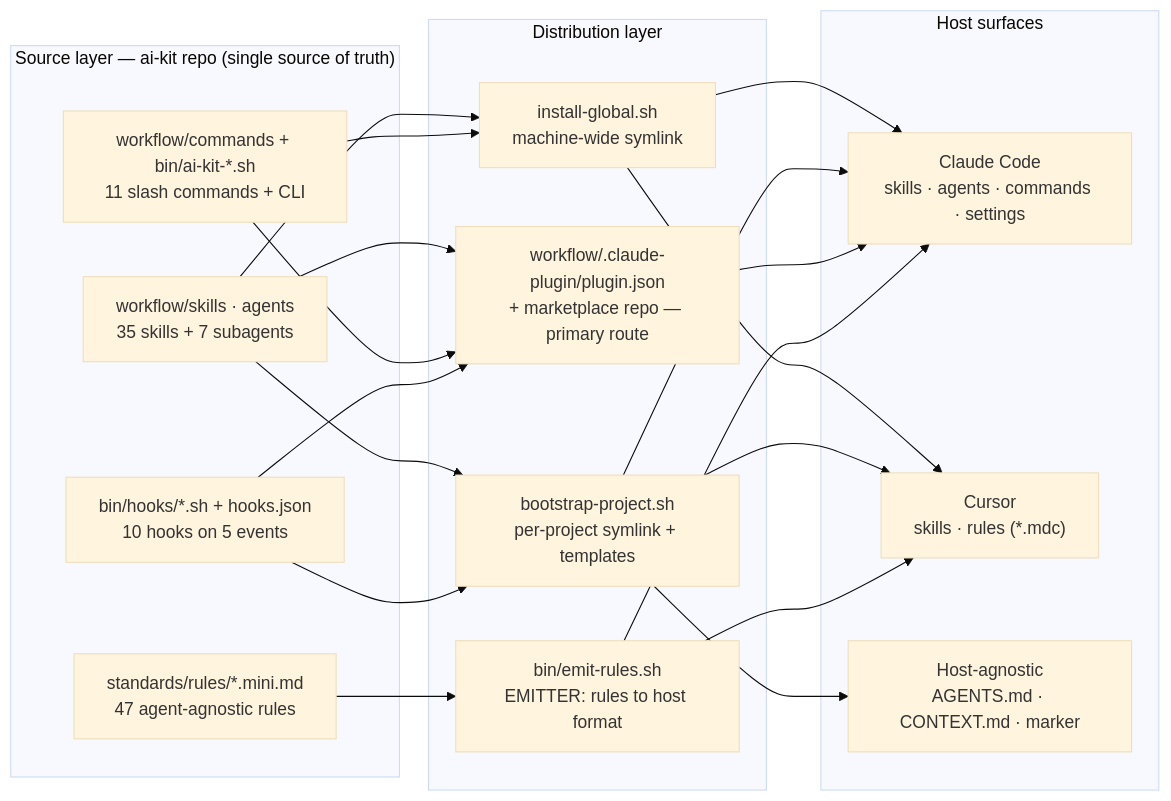
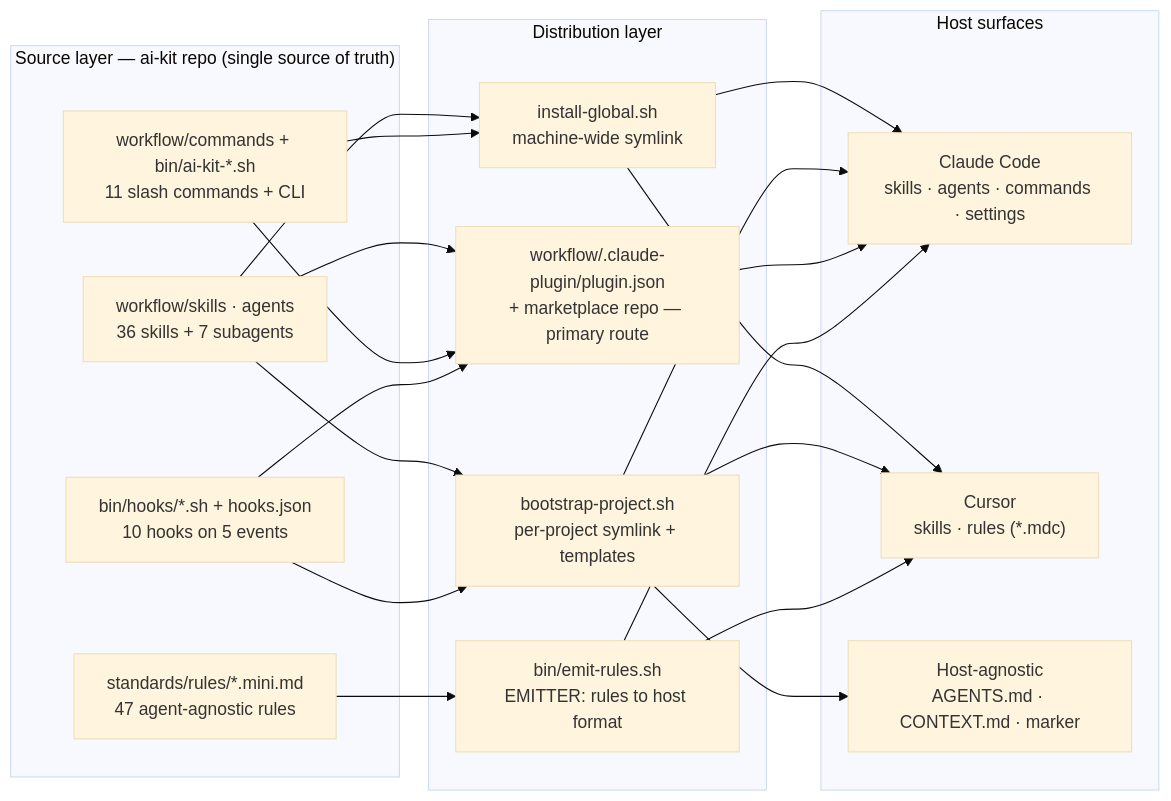
Before and after one commit to yusufkaracaburun/ai-kit: the first of 2 diagrams in docs/diagrams.md, drawn with Mermaid (base theme). The commit also changed 17 other files, not shown here.

First line of the commit message:
feat(skills): add /ai:workflow-audit for a repeatable workflow audit

````diff
--- a/docs/diagrams.md
+++ b/docs/diagrams.md
@@ -10,32 +10,32 @@
 ```mermaid
 flowchart LR
   subgraph SRC["Source layer — ai-kit repo (single source of truth)"]
-    SA["workflow/skills · agents<br/>35 skills + 7 subagents"]
+    SA["workflow/skills · agents<br/>36 skills + 7 subagents"]
     CB["workflow/commands + bin/ai-kit-*.sh<br/>11 slash commands + CLI"]
     H["bin/hooks/*.sh + hooks.json<br/>10 hooks on 5 events"]
     R["standards/rules/*.mini.md<br/>47 agent-agnostic rules"]
   end
 
   subgraph DIST["Distribution layer"]
     IG["install-global.sh<br/>machine-wide symlink"]
     PL["workflow/.claude-plugin/plugin.json<br/>+ marketplace repo — primary route"]
     BP["bootstrap-project.sh<br/>per-project symlink + templates"]
     ER["bin/emit-rules.sh<br/>EMITTER: rules to host format"]
   end
 
   subgraph HOSTS["Host surfaces"]
     CC["Claude Code<br/>skills · agents · commands · settings"]
     CU["Cursor<br/>skills · rules (*.mdc)"]
     HA["Host-agnostic<br/>AGENTS.md · CONTEXT.md · marker"]
   end
 
   SA --> IG & BP & PL
   CB --> IG & PL
   H --> PL & BP
   R --> ER
 
   IG --> CC & CU
   BP --> CC & CU & HA
   PL --> CC
   ER --> CU & CC
 ```
````
